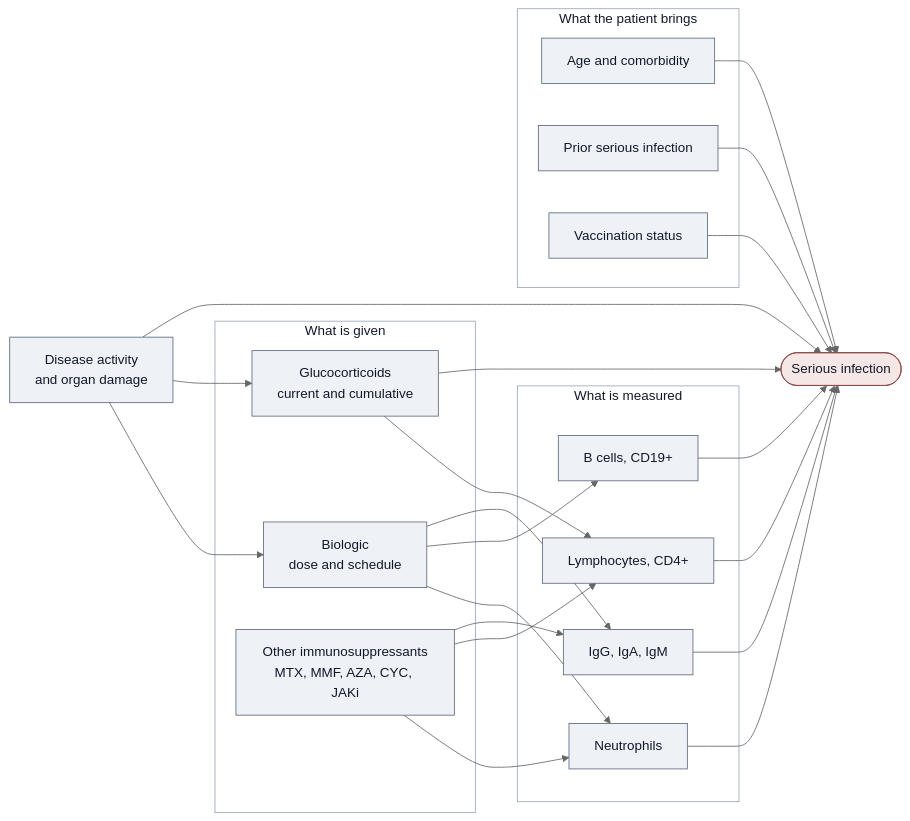
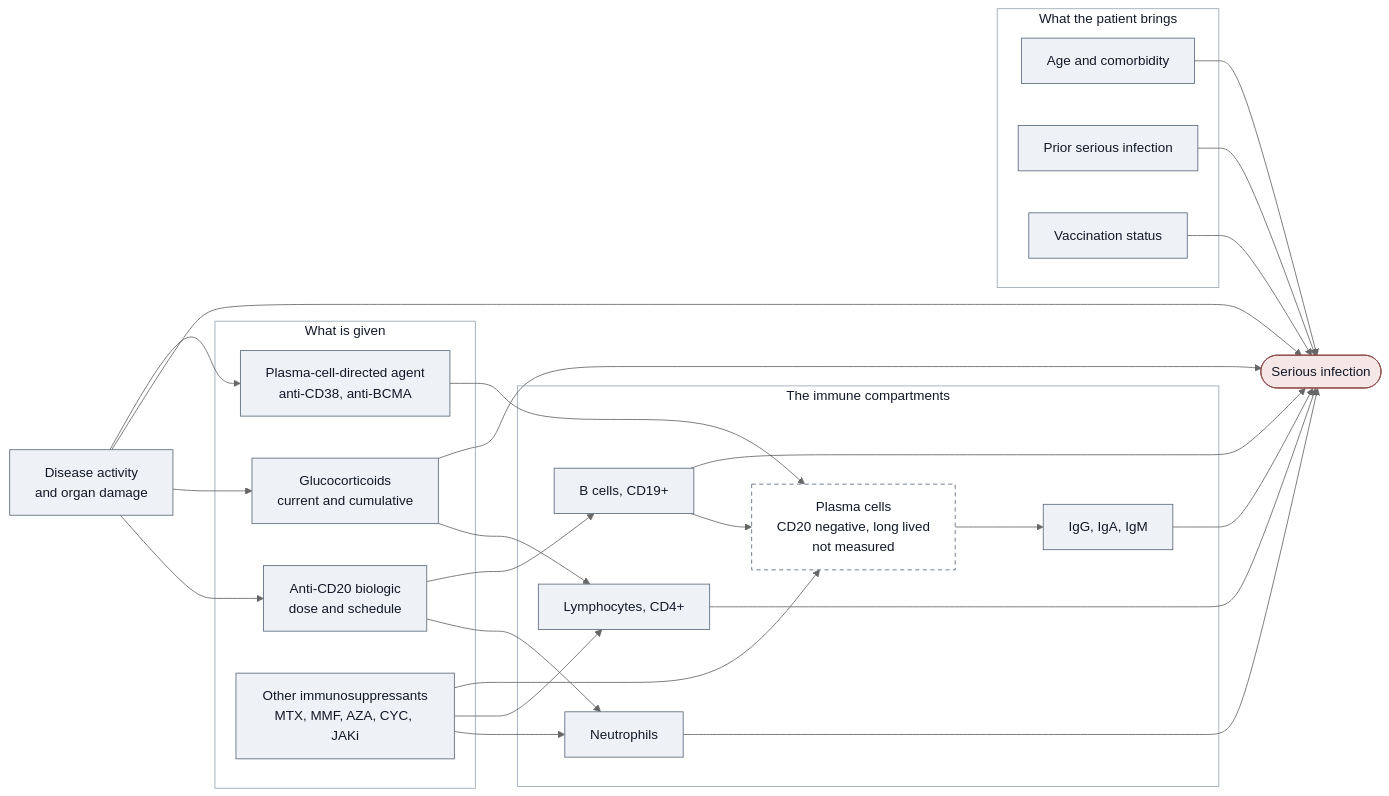
The first of 2 diagrams in projects/immune-biomarkers-infection/specification.qmd (iamstein/TrinityMetrics), drawn with Mermaid (neutral theme) before and after one commit. The commit also changed other lines of this file, not shown here.

First line of the commit message:
update the immune-biomarkers-infection specification

````diff
--- a/projects/immune-biomarkers-infection/specification.qmd
+++ b/projects/immune-biomarkers-infection/specification.qmd
@@ -115,57 +115,66 @@
 ```{mermaid}
 %%| column: page
-%%| fig-cap: "What reaches the infection node in an autoimmune population. Disease activity sits upstream of everything, and half the arrows into infection never pass through a measured biomarker."
+%%| fig-cap: "What reaches the infection node in an autoimmune population. Disease activity sits upstream of everything, half the arrows into infection never pass through a measured biomarker, and the dashed compartment on the path from B cells to immunoglobulin is not measured at all."
 flowchart LR
   ACT["Disease activity<br/>and organ damage"]
 
   subgraph GIVEN["What is given"]
-    DRUG["Biologic<br/>dose and schedule"]
+    DRUG["Anti-CD20 biologic<br/>dose and schedule"]
+    PCDRUG["Plasma-cell-directed agent<br/>anti-CD38, anti-BCMA"]
     STER["Glucocorticoids<br/>current and cumulative"]
     OTHER["Other immunosuppressants<br/>MTX, MMF, AZA, CYC, JAKi"]
   end
 
-  subgraph MEASURED["What is measured"]
+  subgraph COMPART["The immune compartments"]
     ANC["Neutrophils"]
     BCELL["B cells, CD19+"]
+    PLASMA["Plasma cells<br/>CD20 negative, long lived<br/>not measured"]
     IG["IgG, IgA, IgM"]
     LYMPH["Lymphocytes, CD4+"]
   end
 
   subgraph HOST["What the patient brings"]
     AGE["Age and comorbidity"]
     PRIOR["Prior serious infection"]
     VAC["Vaccination status"]
   end
 
   INF(["Serious infection"])
 
   ACT --> DRUG
   ACT --> STER
   ACT --> INF
 
+  ACT --> PCDRUG
+
   DRUG --> ANC
   DRUG --> BCELL
-  DRUG --> IG
+  PCDRUG --> PLASMA
   STER --> LYMPH
   STER --> INF
   OTHER --> ANC
   OTHER --> LYMPH
-  OTHER --> IG
+  OTHER --> PLASMA
+
+  BCELL --> PLASMA
+  PLASMA --> IG
 
   ANC --> INF
   BCELL --> INF
   IG --> INF
   LYMPH --> INF
 
   AGE --> INF
   PRIOR --> INF
   VAC --> INF
 
   classDef box fill:#eef2f7,stroke:#5b6b7c,color:#111827
+  classDef latent fill:#ffffff,stroke:#5b6b7c,stroke-dasharray:5 4,color:#111827
   classDef outcome fill:#f6e7e7,stroke:#8c4a4a,color:#111827
-  class ACT,DRUG,STER,OTHER,ANC,BCELL,IG,LYMPH,AGE,PRIOR,VAC box
+  class ACT,DRUG,PCDRUG,STER,OTHER,ANC,BCELL,IG,LYMPH,AGE,PRIOR,VAC box
+  class PLASMA latent
   class INF outcome
   style GIVEN fill:#ffffff,stroke:#9aa7b4,color:#111827
-  style MEASURED fill:#ffffff,stroke:#9aa7b4,color:#111827
+  style COMPART fill:#ffffff,stroke:#9aa7b4,color:#111827
   style HOST fill:#ffffff,stroke:#9aa7b4,color:#111827
 ```
````
